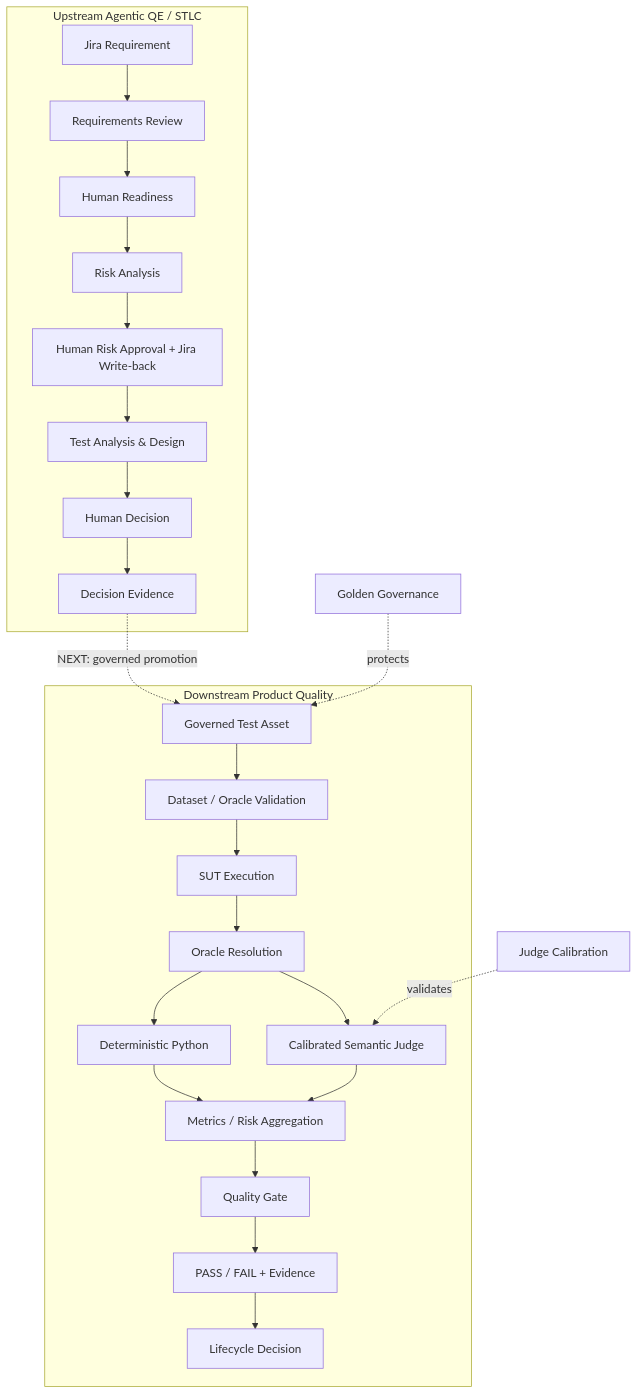
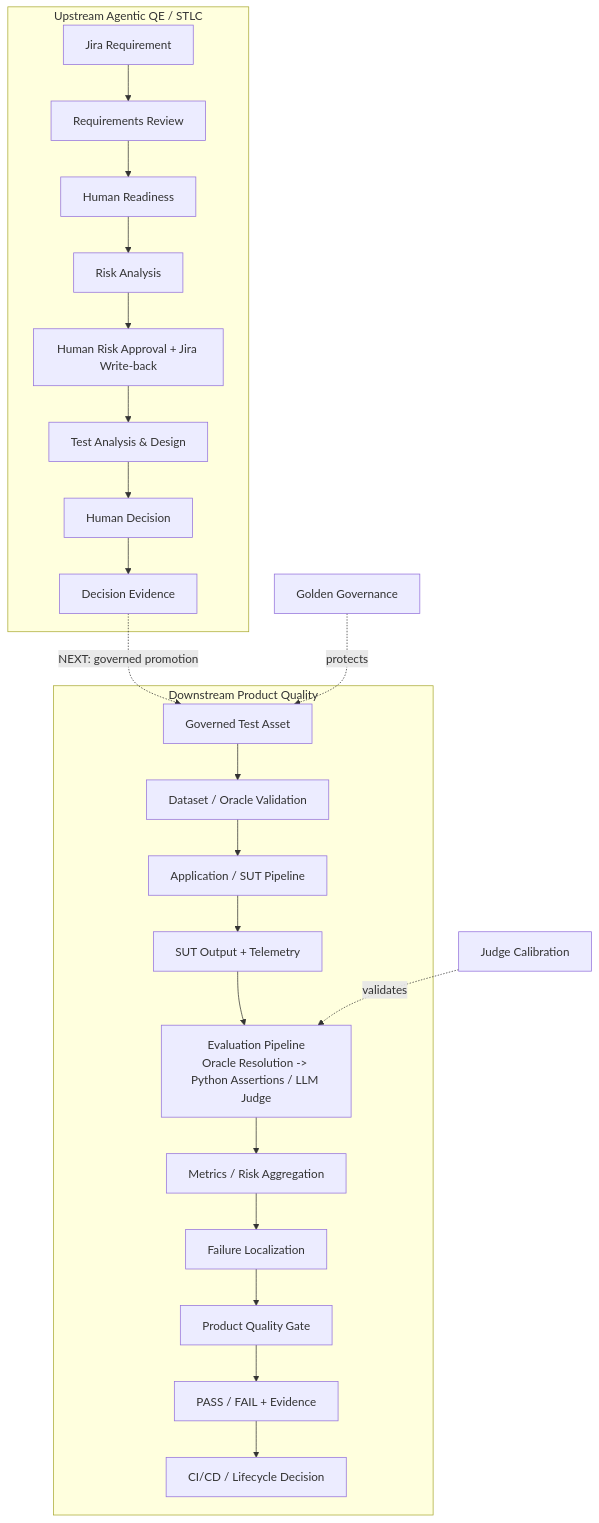
One commit to oleksandrserhieiev-beep/ai-qe-lab changed the diagram in docs/test_strategy.md. Above: the diagram before and after it, drawn with Mermaid.

Commit message:
Align test strategy architecture diagram with canonical master

````diff
--- a/docs/test_strategy.md
+++ b/docs/test_strategy.md
@@ -28,30 +28,29 @@
 ```mermaid
 flowchart TB
     subgraph UP["Upstream Agentic QE / STLC"]
         J["Jira Requirement"] --> RR["Requirements Review"]
         RR --> HR["Human Readiness"]
         HR --> RA["Risk Analysis"]
         RA --> HRA["Human Risk Approval + Jira Write-back"]
         HRA --> TD["Test Analysis & Design"]
         TD --> HD["Human Decision"]
         HD --> DE["Decision Evidence"]
     end
 
     DE -. "NEXT: governed promotion" .-> GTA["Governed Test Asset"]
 
     subgraph DOWN["Downstream Product Quality"]
         GTA --> DV["Dataset / Oracle Validation"]
-        DV --> SUT["SUT Execution"]
-        SUT --> OR["Oracle Resolution"]
-        OR --> PY["Deterministic Python"]
-        OR --> JG["Calibrated Semantic Judge"]
-        PY --> MR["Metrics / Risk Aggregation"]
-        JG --> MR
-        MR --> QG["Quality Gate"]
-        QG --> EV["PASS / FAIL + Evidence"]
-        EV --> LD["Lifecycle Decision"]
+        DV --> SUT["Application / SUT Pipeline"]
+        SUT --> OUT["SUT Output + Telemetry"]
+        OUT --> EV["Evaluation Pipeline\nOracle Resolution -> Python Assertions / LLM Judge"]
+        EV --> MR["Metrics / Risk Aggregation"]
+        MR --> LOC["Failure Localization"]
+        LOC --> QG["Product Quality Gate"]
+        QG --> EVID["PASS / FAIL + Evidence"]
+        EVID --> LD["CI/CD / Lifecycle Decision"]
     end
 
-    JC["Judge Calibration"] -. validates .-> JG
+    JC["Judge Calibration"] -. validates .-> EV
     GG["Golden Governance"] -. protects .-> GTA
 ```
````
